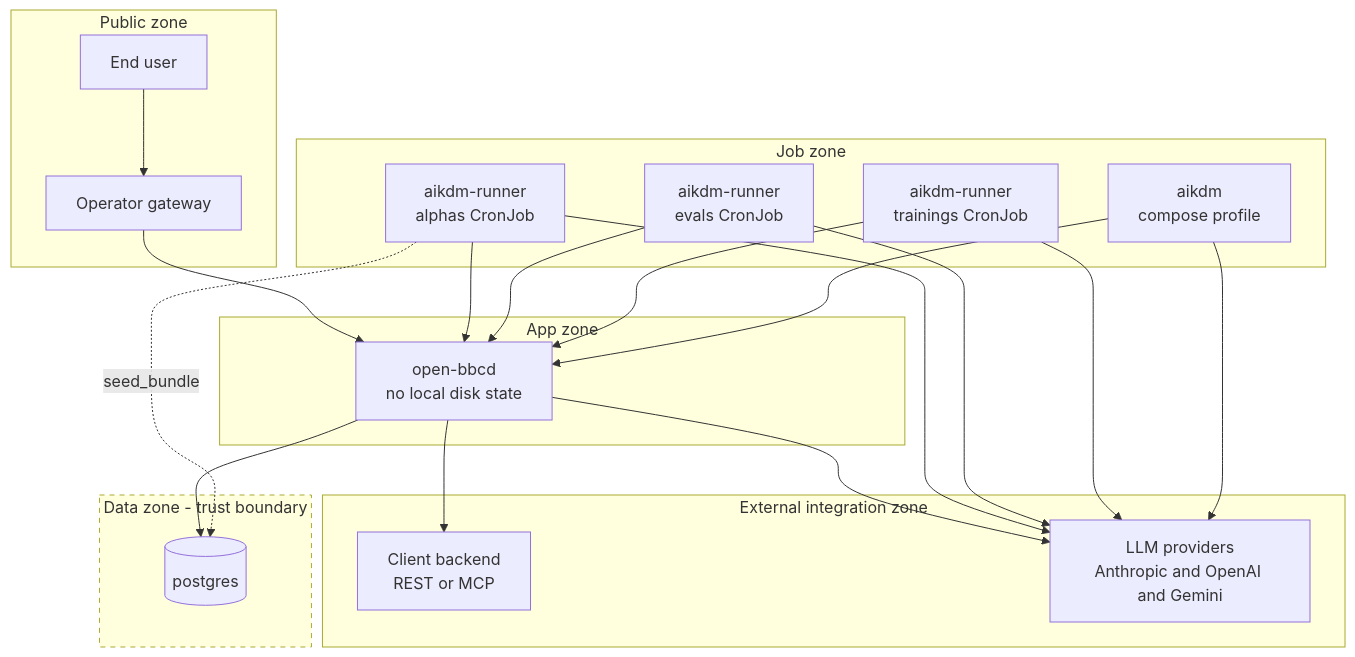
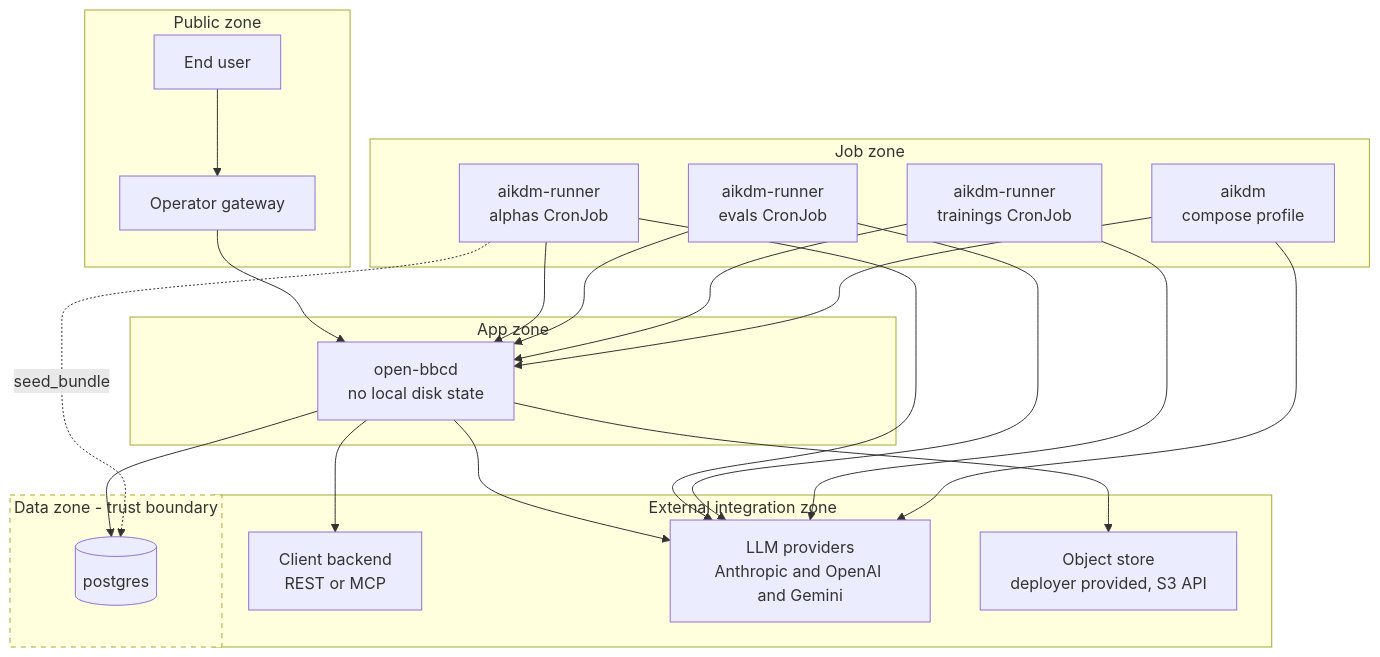
Before and after one commit to DACdigital/openbbc-docs: the diagram in docs/architecture/current/c4/deployment.md, drawn with Mermaid. The commit also changed other lines of this file and 18 other files, not shown here.

````diff
--- a/docs/architecture/current/c4/deployment.md
+++ b/docs/architecture/current/c4/deployment.md
@@ -76,48 +81,50 @@
 ```mermaid
 flowchart TB
     subgraph PUBLIC[Public zone]
         USER[End user]
         GW[Operator gateway]
     end
 
     subgraph APP[App zone]
         OBBCD[open-bbcd<br/>no local disk state]
     end
 
     subgraph JOB[Job zone]
         AIKDMR_A[aikdm-runner<br/>alphas CronJob]
         AIKDMR_E[aikdm-runner<br/>evals CronJob]
         AIKDMR_T[aikdm-runner<br/>trainings CronJob]
         AIKDM[aikdm<br/>compose profile]
     end
 
     subgraph DATA[Data zone - trust boundary]
         DB[(postgres)]
     end
 
     subgraph EXT[External integration zone]
         BE[Client backend<br/>REST or MCP]
         LLM[LLM providers<br/>Anthropic and OpenAI and Gemini]
+        OSTORE[Object store<br/>deployer provided, S3 API]
     end
 
     USER --> GW
     GW --> OBBCD
     OBBCD --> DB
     OBBCD --> BE
     OBBCD --> LLM
+    OBBCD --> OSTORE
 
     AIKDMR_A --> OBBCD
     AIKDMR_E --> OBBCD
     AIKDMR_T --> OBBCD
     AIKDM --> OBBCD
 
     AIKDMR_A -.->|seed_bundle| DB
 
     AIKDMR_A --> LLM
     AIKDMR_E --> LLM
     AIKDMR_T --> LLM
     AIKDM --> LLM
 
     classDef trust stroke-dasharray: 5 5
     class DATA trust
 ```
````
